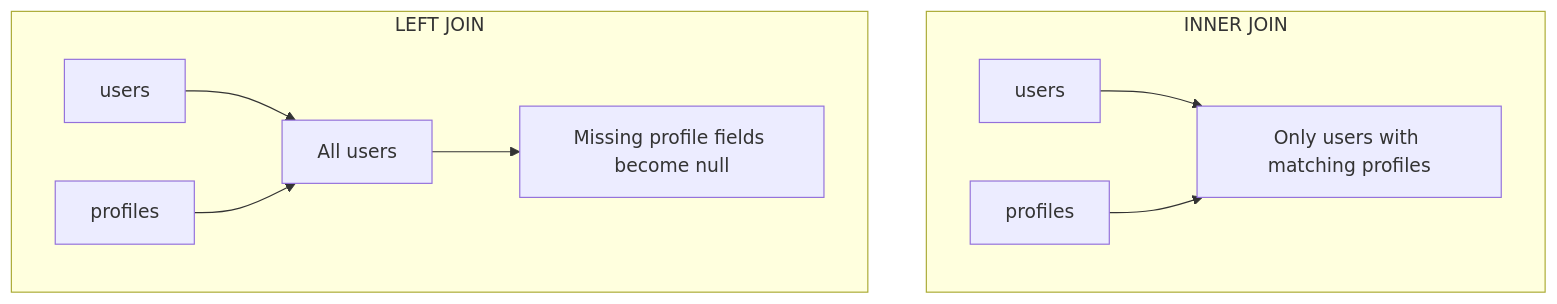
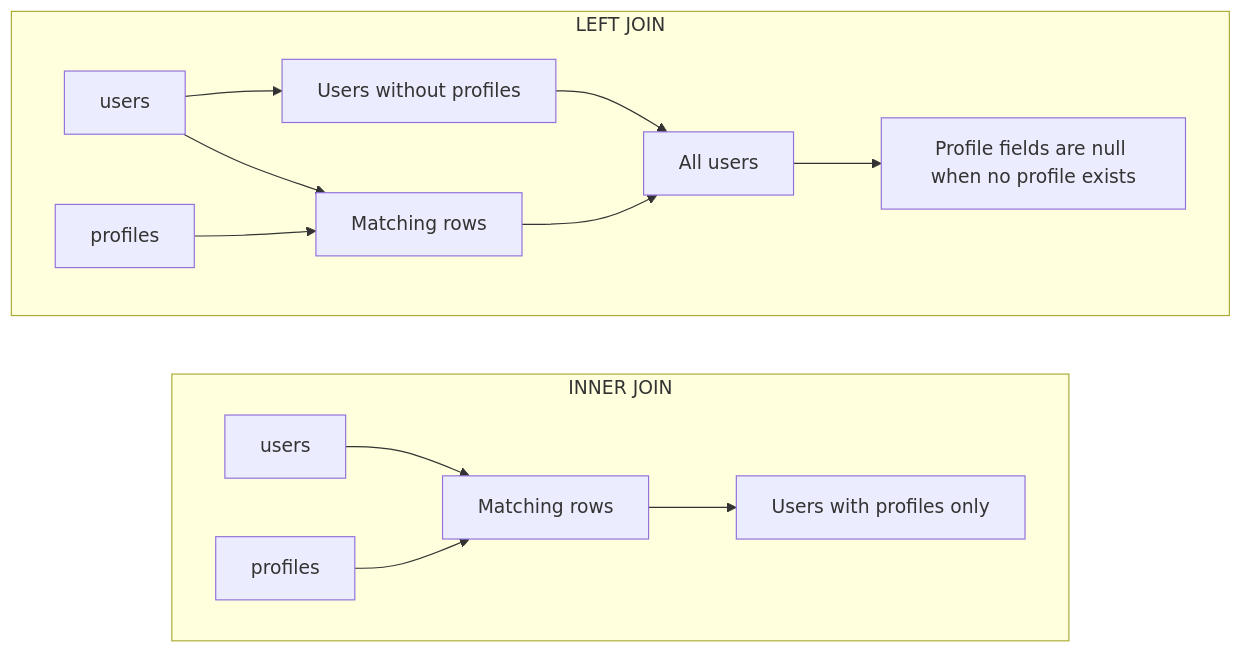
One commit to Rokiis1/Teaching-Materia changed the fifth of 5 diagrams in docs/en/express/database_integration/1_level/1_level_database_integration.md. Above: the diagram before and after it, drawn with Mermaid. The commit also changed other lines of this file and 6 other files, not shown here.

````diff
--- a/docs/en/express/database_integration/1_level/1_level_database_integration.md
+++ b/docs/en/express/database_integration/1_level/1_level_database_integration.md
@@ -421,20 +421,19 @@
 ```mermaid
-flowchart TB
+flowchart LR
     subgraph Inner["INNER JOIN"]
-        IU["users"]
-        IP["profiles"]
-        IR["Only users with matching profiles"]
-        IU --> IR
-        IP --> IR
+        direction LR
+        IU["users"] --> IM["Matching rows"]
+        IP["profiles"] --> IM
+        IM --> IR["Users with profiles only"]
     end
 
     subgraph Left["LEFT JOIN"]
-        LU["users"]
-        LP["profiles"]
-        LR["All users"]
-        LM["Missing profile fields become null"]
-        LU --> LR
-        LP --> LR
-        LR --> LM
+        direction LR
+        LU["users"] --> LM["Matching rows"]
+        LP["profiles"] --> LM
+        LU --> UN["Users without profiles"]
+        LM --> LR["All users"]
+        UN --> LR
+        LR --> LN["Profile fields are null when no profile exists"]
     end
 ```
````
